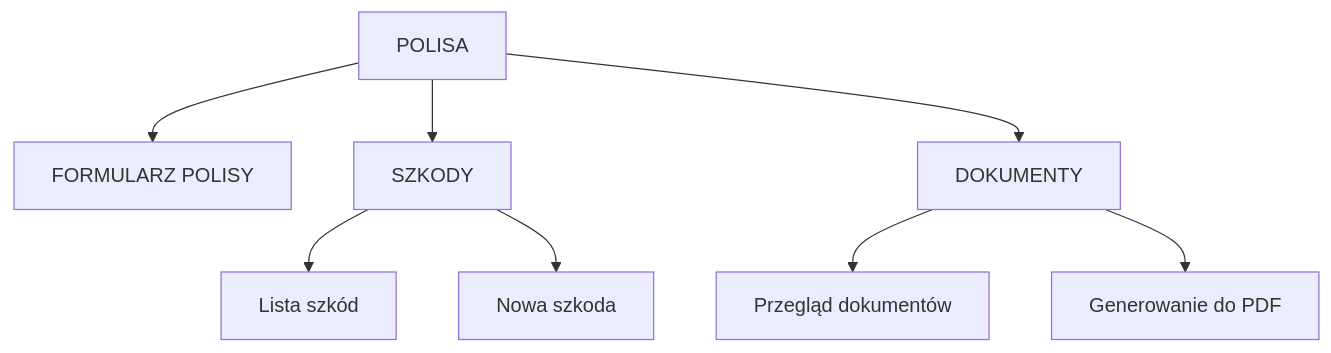
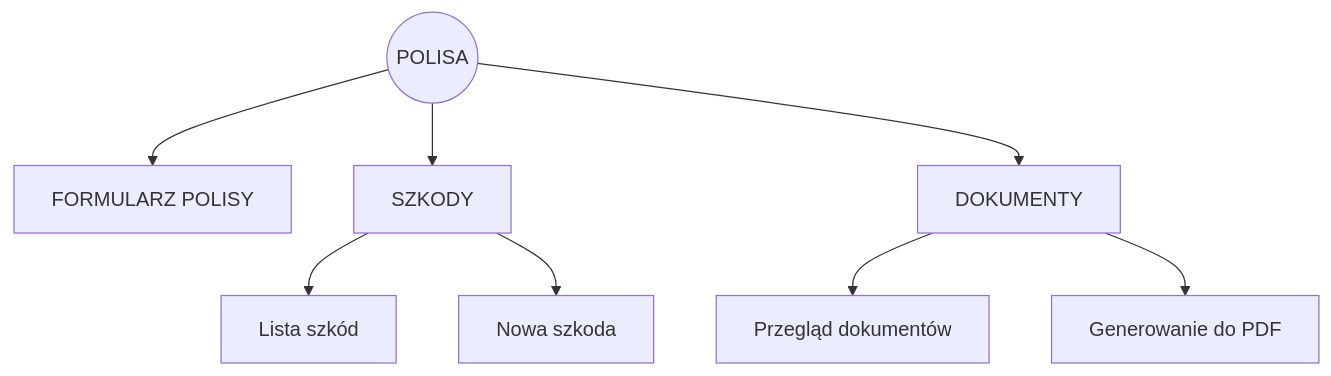
The third of 5 diagrams in README.md (ArkadiuszBorkowski/Insurance-Management-System), drawn with Mermaid before and after one commit.

````diff
--- a/README.md
+++ b/README.md
@@ -50,10 +50,10 @@
 ```mermaid
 flowchart TD
-    A[POLISA] --> B[FORMULARZ POLISY]
+    A((POLISA)) --> B[FORMULARZ POLISY]
     A --> C[SZKODY]
     C --> D[Lista szkód]
     C --> E[Nowa szkoda]
     A --> F[DOKUMENTY]
     F --> G[Przegląd dokumentów]
     F --> H[Generowanie do PDF]
 ```
````
